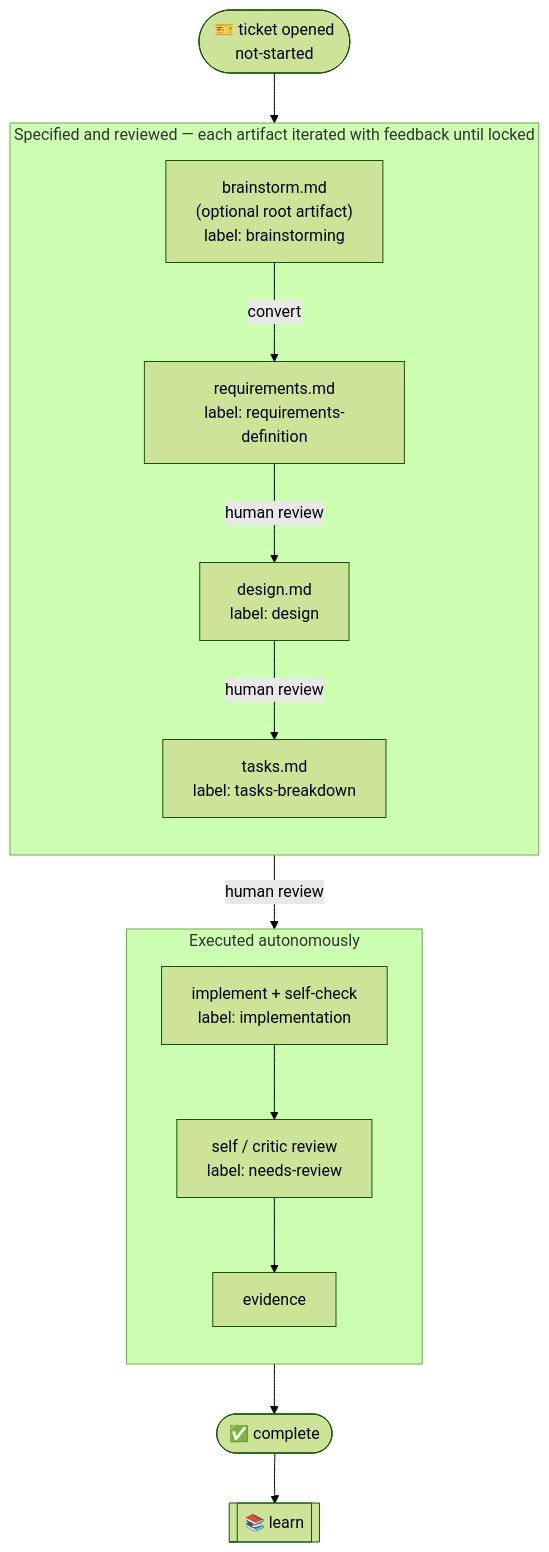
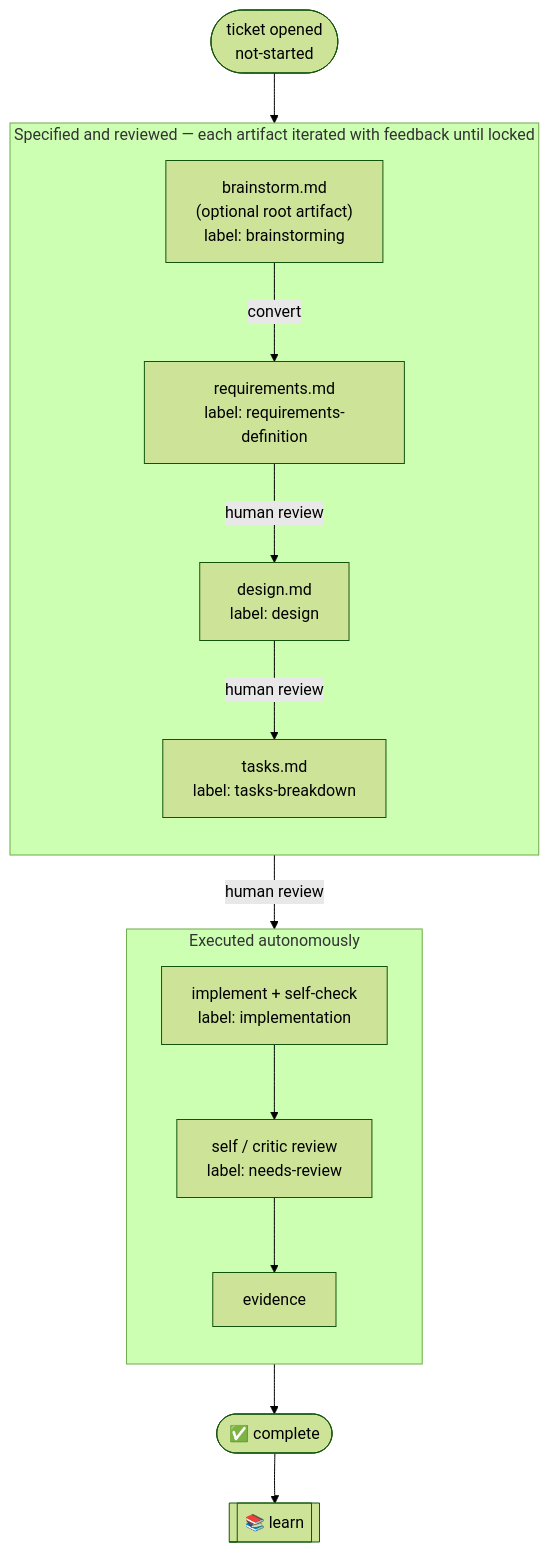
One commit to MadaraUchiha-314/the-loop changed the diagram in README.md. Above: the diagram before and after it, drawn with Mermaid (forest theme).

Commit message:
chore: readme update for stray emoji

````diff
--- a/README.md
+++ b/README.md
@@ -21,26 +21,26 @@
 ```mermaid
 flowchart TD
     subgraph spec["Specified and reviewed — each artifact iterated with feedback until locked"]
         direction TB
         B["brainstorm.md\n(optional root artifact)\nlabel: brainstorming"]
         R["requirements.md\nlabel: requirements-definition"]
         D["design.md\nlabel: design"]
         K["tasks.md\nlabel: tasks-breakdown"]
         B -->|convert| R
         R -->|human review| D
         D -->|human review| K
     end
 
     subgraph exec["Executed autonomously"]
         direction TB
         I["implement + self-check\nlabel: implementation"]
         C["self / critic review\nlabel: needs-review"]
         E["evidence"]
         I --> C --> E
     end
 
-    T(["🎫 ticket opened\nnot-started"]) --> B
+    T(["ticket opened\nnot-started"]) --> B
     K -->|human review| I
     E --> X(["✅ complete"])
     X --> L[["📚 learn"]]
 ```
````
